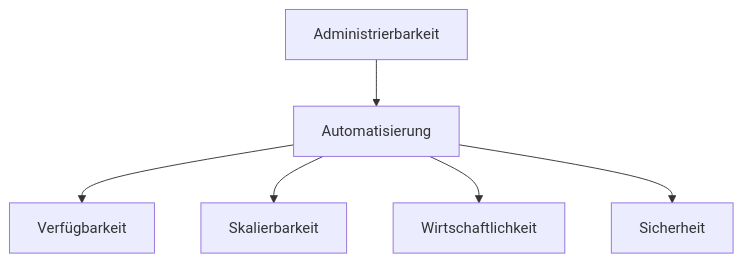
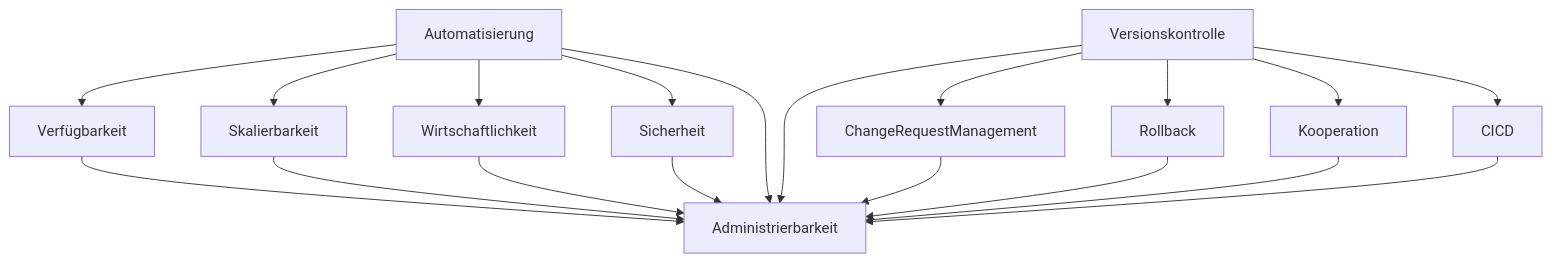
Before and after one commit to johannesloetzsch/LF10b: the diagram in src/administierbarkeit.md, drawn with Mermaid. The commit also changed other lines of this file and 4 other files, not shown here.

````diff
--- a/src/administierbarkeit.md
+++ b/src/administierbarkeit.md
@@ -3,8 +3,13 @@
 ```mermaid
 flowchart TB
-  Administrierbarkeit --> Automatisierung
-  Automatisierung --> Verfügbarkeit
-  Automatisierung --> Skalierbarkeit
-  Automatisierung --> Wirtschaftlichkeit
-  Automatisierung --> Sicherheit
+  Automatisierung --> Verfügbarkeit --> Administrierbarkeit
+  Automatisierung --> Skalierbarkeit --> Administrierbarkeit
+  Automatisierung --> Wirtschaftlichkeit --> Administrierbarkeit
+  Automatisierung --> Sicherheit --> Administrierbarkeit
+  Automatisierung --> Administrierbarkeit
+  Versionskontrolle --> Administrierbarkeit
+  Versionskontrolle --> ChangeRequestManagement --> Administrierbarkeit
+  Versionskontrolle --> Rollback --> Administrierbarkeit
+  Versionskontrolle --> Kooperation --> Administrierbarkeit
+  Versionskontrolle --> CICD --> Administrierbarkeit
 ```
````
